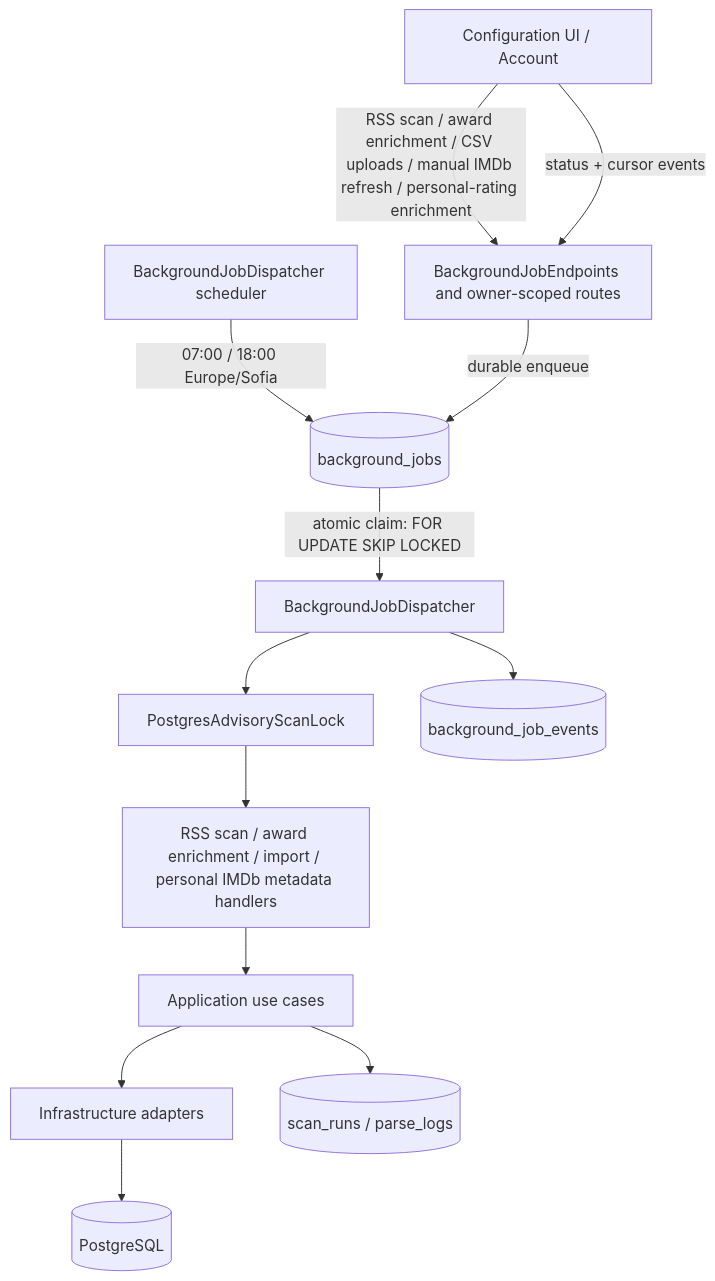
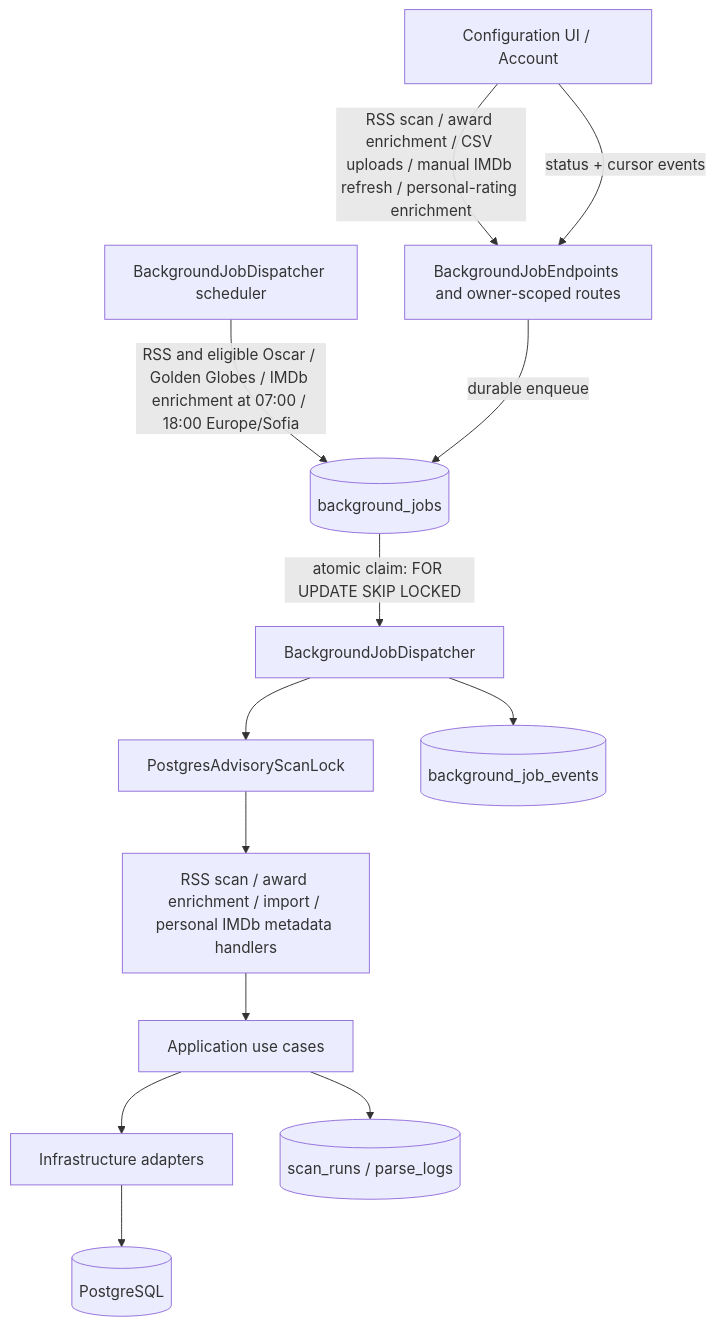
Before and after one commit to ValeriDublekov/MediaDock2.0: the fourth of 5 diagrams in docs/ai/ARCHITECTURE.md, drawn with Mermaid. The commit also changed 24 other files, not shown here.

````diff
--- a/docs/ai/ARCHITECTURE.md
+++ b/docs/ai/ARCHITECTURE.md
@@ -80,15 +80,15 @@
 ```mermaid
 flowchart TD
     ui["Configuration UI / Account"] -->|"RSS scan / award enrichment / CSV uploads / manual IMDb refresh / personal-rating enrichment"| routes["BackgroundJobEndpoints and owner-scoped routes"]
-    scheduler["BackgroundJobDispatcher scheduler"] -->|"07:00 / 18:00 Europe/Sofia"| queue[("background_jobs")]
+    scheduler["BackgroundJobDispatcher scheduler"] -->|"RSS and eligible Oscar / Golden Globes / IMDb enrichment at 07:00 / 18:00 Europe/Sofia"| queue[("background_jobs")]
     routes -->|"durable enqueue"| queue
     queue -->|"atomic claim: FOR UPDATE SKIP LOCKED"| dispatcher["BackgroundJobDispatcher"]
     dispatcher --> lock["PostgresAdvisoryScanLock"]
     lock --> handler["RSS scan / award enrichment / import / personal IMDb metadata handlers"]
     handler --> app["Application use cases"]
     app --> infra["Infrastructure adapters"]
     infra --> db[("PostgreSQL")]
     dispatcher --> events[("background_job_events")]
     app --> history[("scan_runs / parse_logs")]
     ui -->|"status + cursor events"| routes
 ```
````
